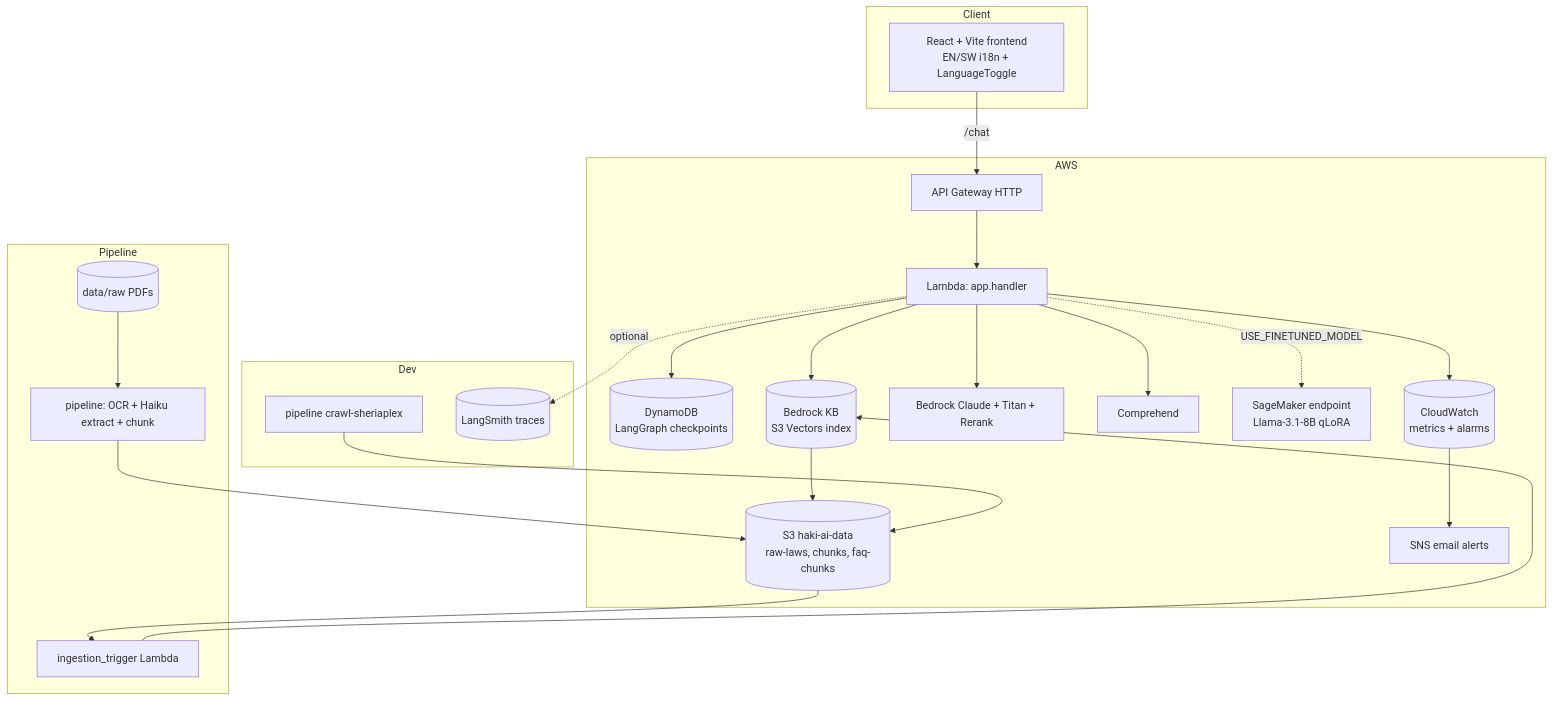
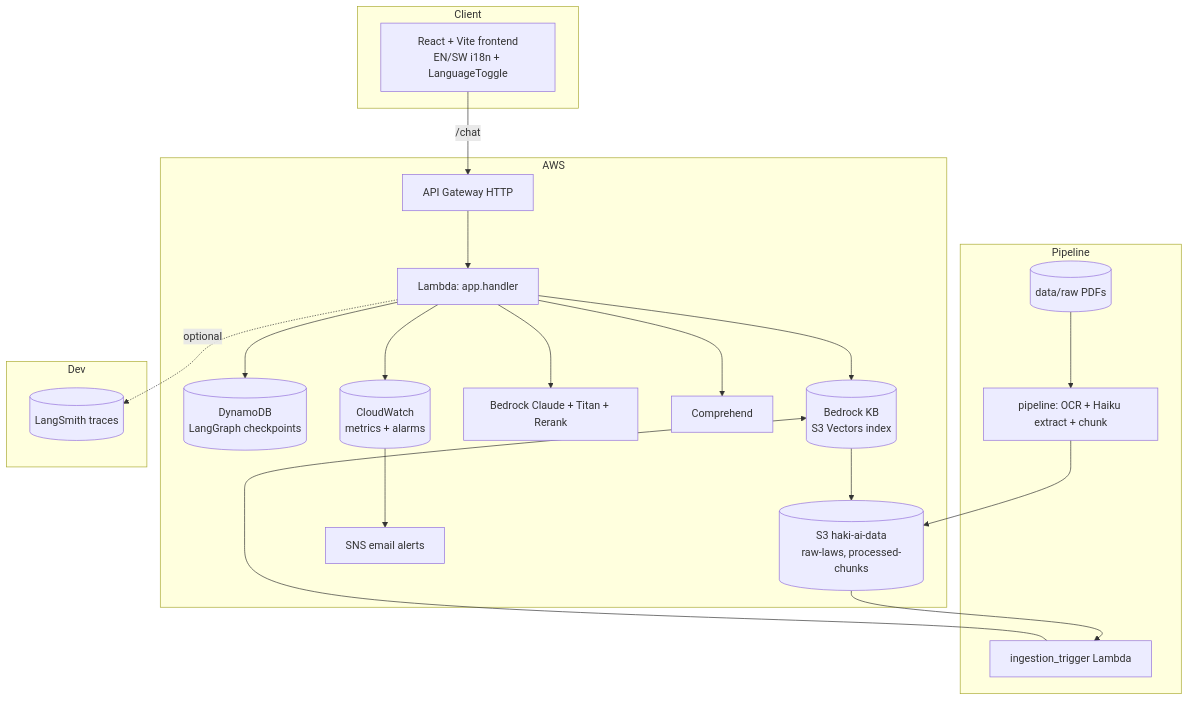
Before and after one commit to davenjeru/haki-ai: the first of 2 diagrams in CLAUDE.md, drawn with Mermaid. The commit also changed other lines of this file and 38 other files, not shown here.

First line of the commit message:
chore: remove web-scraping + FAQ agent + SageMaker fine-tuning

````diff
--- a/CLAUDE.md
+++ b/CLAUDE.md
@@ -31,40 +28,37 @@
 ```mermaid
 flowchart TB
   subgraph Client
     fe[React + Vite frontend<br/>EN/SW i18n + LanguageToggle]
   end
 
   subgraph AWS
     apigw[API Gateway HTTP]
     lam[Lambda: app.handler]
     ddb[(DynamoDB<br/>LangGraph checkpoints)]
     kb[(Bedrock KB<br/>S3 Vectors index)]
     br[Bedrock Claude + Titan + Rerank]
     cmp[Comprehend]
-    sm[SageMaker endpoint<br/>Llama-3.1-8B qLoRA]
-    s3[(S3 haki-ai-data<br/>raw-laws, chunks, faq-chunks)]
+    s3[(S3 haki-ai-data<br/>raw-laws, processed-chunks)]
     cw[(CloudWatch<br/>metrics + alarms)]
     sns[SNS email alerts]
   end
 
   fe -->|/chat| apigw --> lam
   lam --> ddb
   lam --> cmp
   lam --> kb --> s3
   lam --> br
-  lam -.USE_FINETUNED_MODEL.-> sm
   lam --> cw --> sns
 
   subgraph Pipeline
     raw[(data/raw PDFs)] --> pipe[pipeline: OCR + Haiku extract + chunk]
     pipe --> s3
     s3 --> ing[ingestion_trigger Lambda]
     ing --> kb
   end
 
   subgraph Dev
-    crawl[pipeline crawl-sheriaplex] --> s3
     ls[(LangSmith traces)]
     lam -.optional.-> ls
   end
 ```
````
